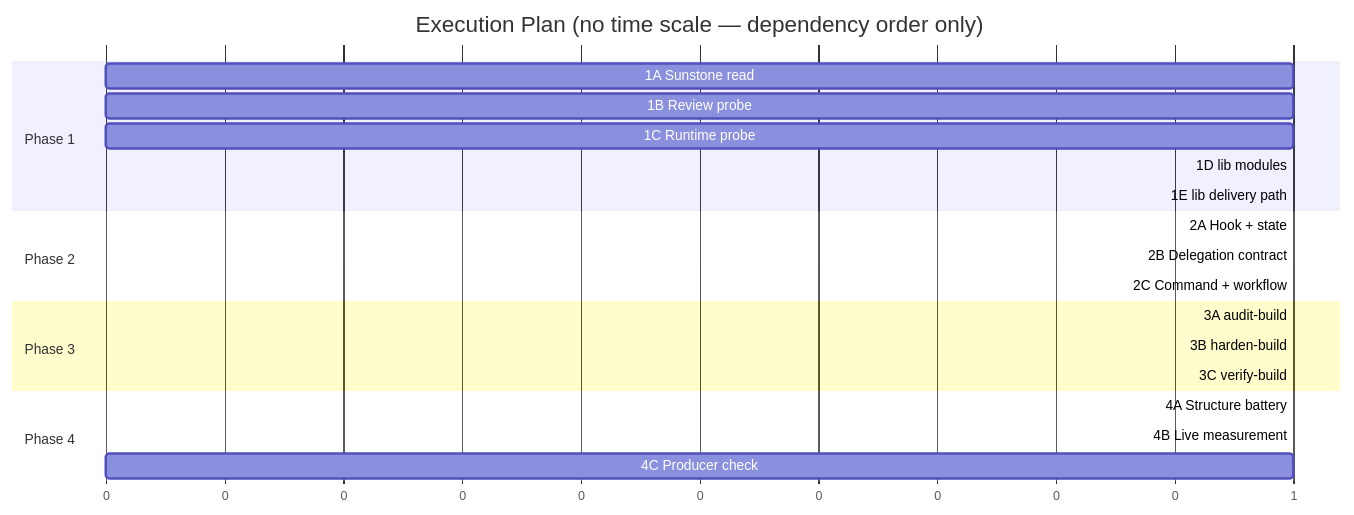
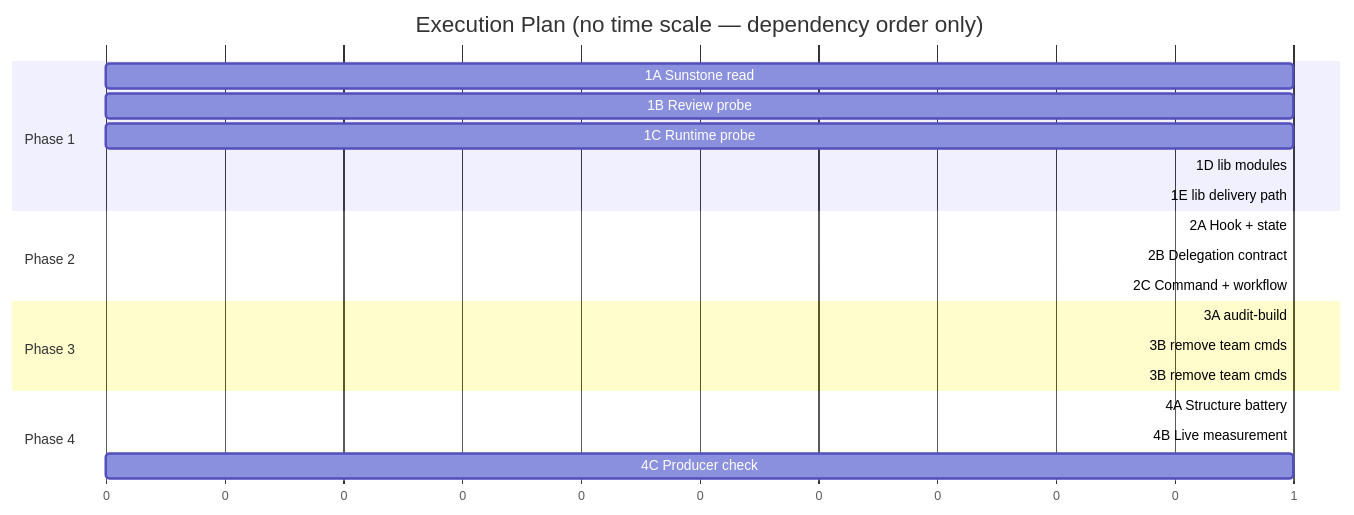
The third of 3 diagrams in docs/TRD/implement-trd-rework.md (FortiumPartners/ensemble-vnext), drawn with Mermaid before and after one commit. The commit also changed other lines of this file, not shown here.

````diff
--- a/docs/TRD/implement-trd-rework.md
+++ b/docs/TRD/implement-trd-rework.md
@@ -799,28 +796,27 @@
 ```mermaid
 gantt
     title Execution Plan (no time scale — dependency order only)
     dateFormat X
     axisFormat %s
 
     section Phase 1
     1A Sunstone read      : p1a, 0, 1
     1B Review probe       : p1b, 0, 1
     1C Runtime probe      : p1c, 0, 1
     1D lib modules        : p1d, after p1a, 1
     1E lib delivery path  : p1e, after p1d, 1
 
     section Phase 2
     2A Hook + state       : p2a, after p1e, 1
     2B Delegation contract: p2b, after p1e, 1
     2C Command + workflow : p2c, after p2a p2b p1b p1c, 1
 
     section Phase 3
     3A audit-build        : p3a, after p2c, 1
-    3B harden-build       : p3b, after p3a, 1
-    3C verify-build       : p3c, after p3a, 1
-
+    3B remove team cmds   : p3b, after p3a, 1
+    3B remove team cmds   : p3b, after p3a, 1
     section Phase 4
     4A Structure battery  : p4a, after p3b p3c, 1
     4B Live measurement   : p4b, after p3b p3c, 1
     4C Producer check     : p4c, 0, 1
 ```
````
